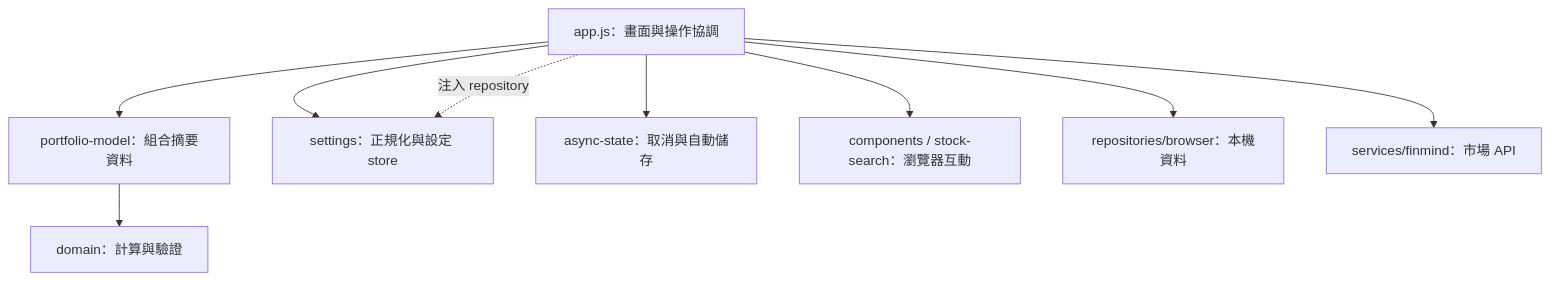
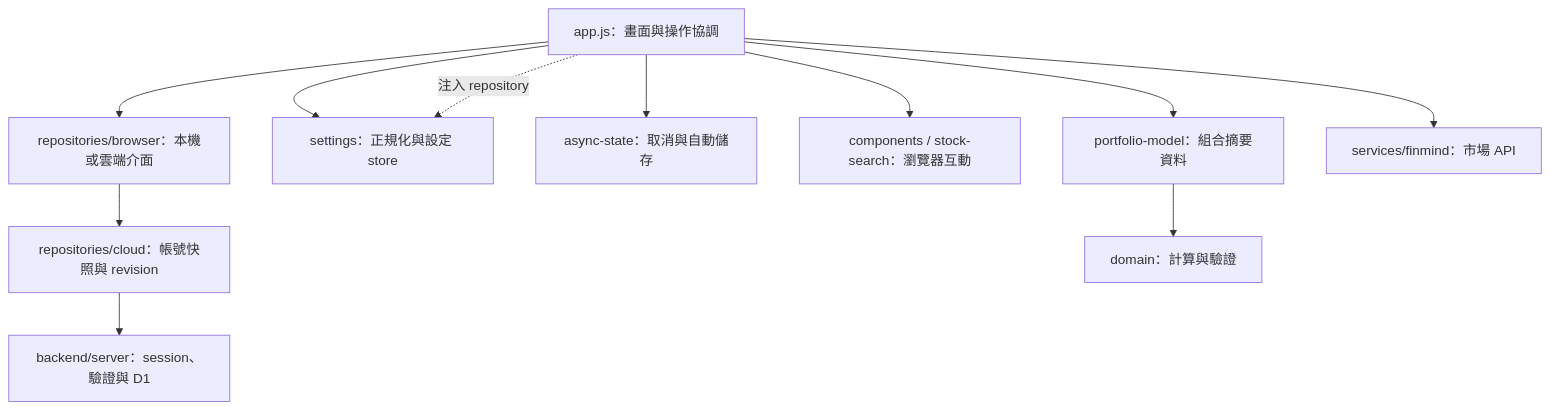
Before and after one commit to win30221/stock-journey: the diagram in docs/development-guide.md, drawn with Mermaid. The commit also changed other lines of this file and 70 other files, not shown here.

````diff
--- a/docs/development-guide.md
+++ b/docs/development-guide.md
@@ -9,11 +9,13 @@
 ```mermaid
 flowchart TD
   Entry[app.js：畫面與操作協調] --> Model[portfolio-model：組合摘要資料]
   Entry --> Settings[settings：正規化與設定 store]
   Entry --> Tasks[async-state：取消與自動儲存]
   Entry --> UI[components / stock-search：瀏覽器互動]
-  Entry --> Repositories[repositories/browser：本機資料]
+  Entry --> Repositories[repositories/browser：本機或雲端介面]
+  Repositories --> Cloud[repositories/cloud：帳號快照與 revision]
+  Cloud --> Backend[backend/server：session、驗證與 D1]
   Entry --> API[services/finmind：市場 API]
   Model --> Domain[domain：計算與驗證]
   Entry -. 注入 repository .-> Settings
 ```
````
